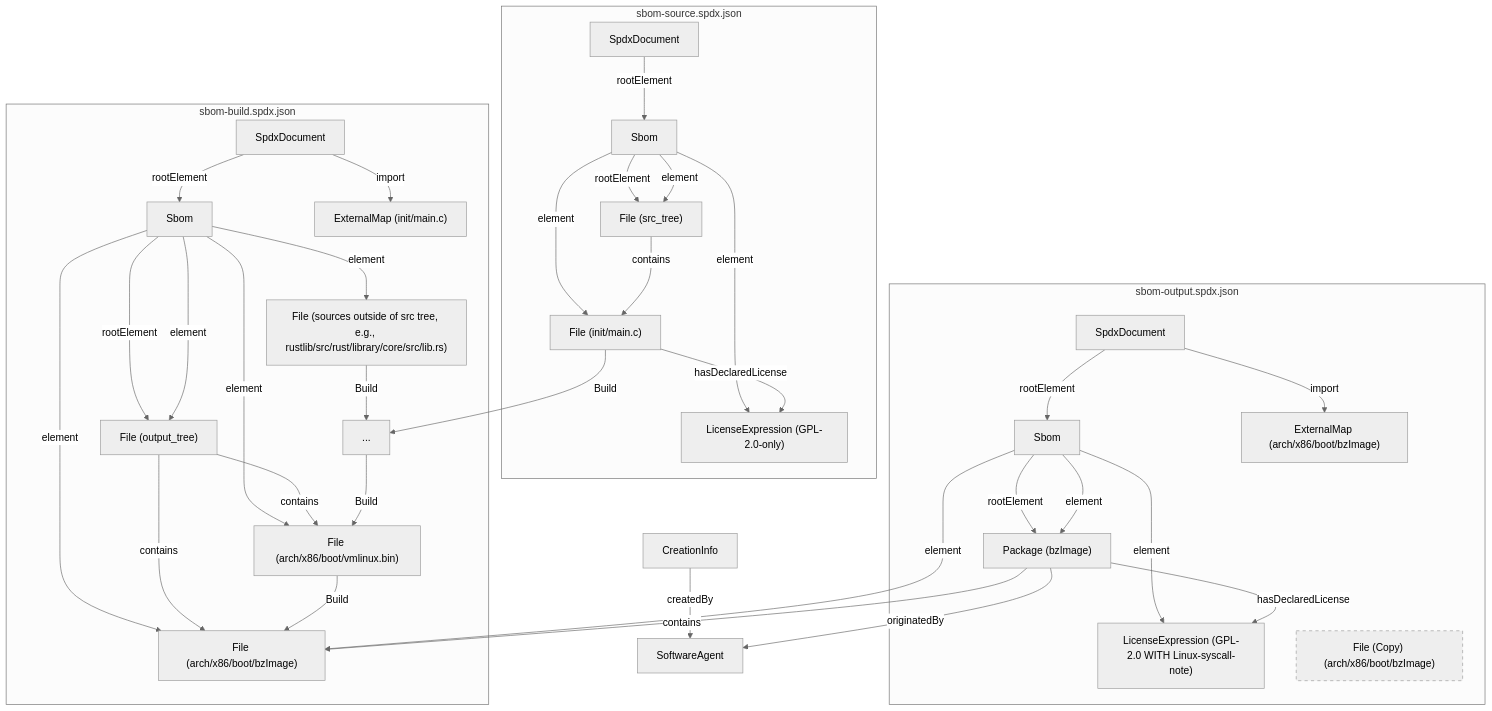
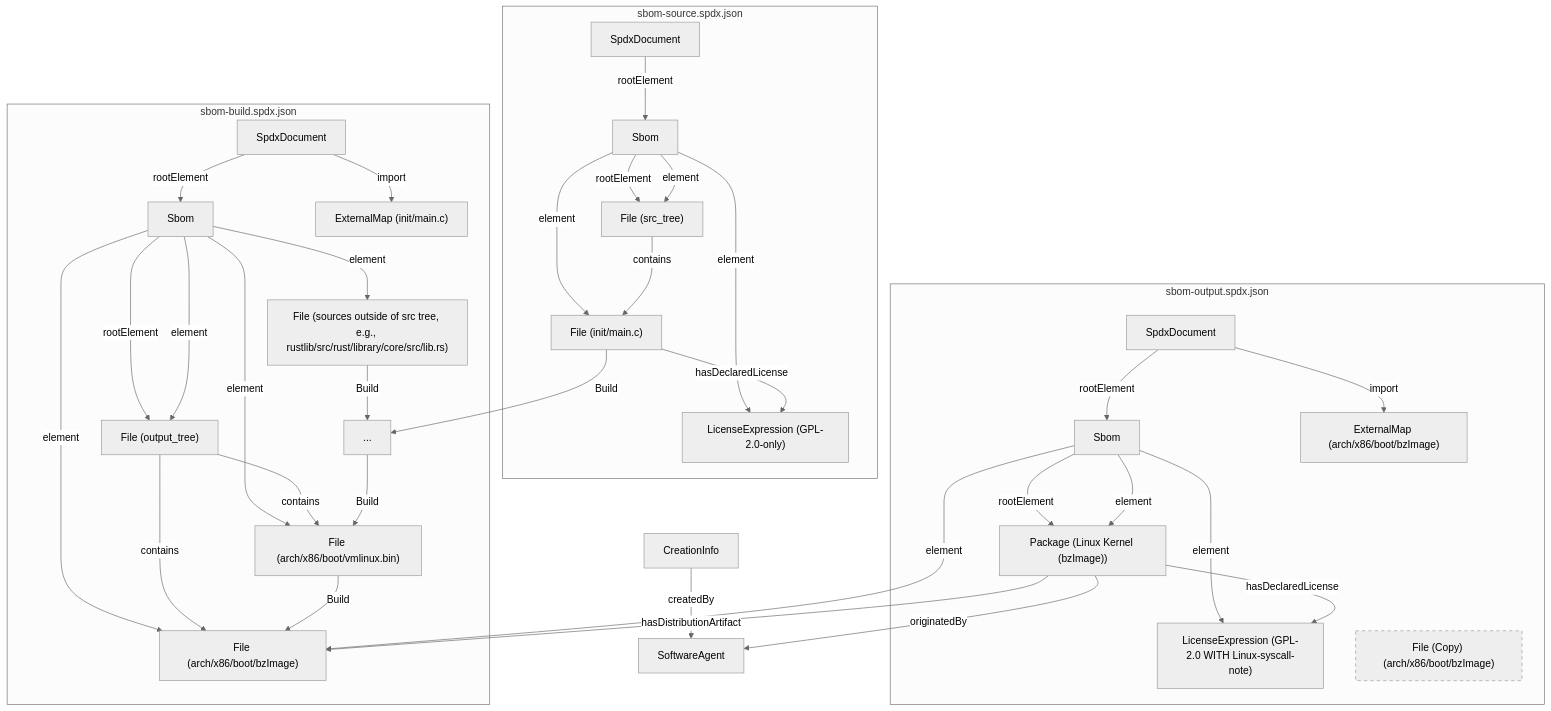
The first of 2 diagrams in README.md (TNG/KernelSbom), drawn with Mermaid (neutral theme) before and after one commit. The commit also changed other lines of this file and 2 other files, not shown here.

Commit message:
added options for custom package names

```diff
--- a/README.md
+++ b/README.md
@@ -136,7 +136,7 @@
     subgraph OUTPUT_GRAPH["sbom-output.spdx.json"]
         OUTPUT_DOC["SpdxDocument"]
         OUTPUT_SBOM["Sbom"]
-        PACKAGE["Package (bzImage)"]
+        PACKAGE["Package (Linux Kernel (bzImage))"]
         PACKAGE_LICENSEEXPRESSION["LicenseExpression (GPL-2.0 WITH Linux-syscall-note)"]
         BZIMAGE_COPY["File (Copy) (arch/x86/boot/bzImage)"]
         BZIMAGE_EXTERNALMAP["ExternalMap (arch/x86/boot/bzImage)"]
@@ -152,7 +152,7 @@
         OUTPUT_SBOM -->|element| BZIMAGE
         OUTPUT_SBOM -->|element| PACKAGE_LICENSEEXPRESSION
 
-        PACKAGE -->|contains| BZIMAGE
+        PACKAGE -->|hasDistributionArtifact| BZIMAGE
         PACKAGE -->|hasDeclaredLicense| PACKAGE_LICENSEEXPRESSION
 
     end
```
